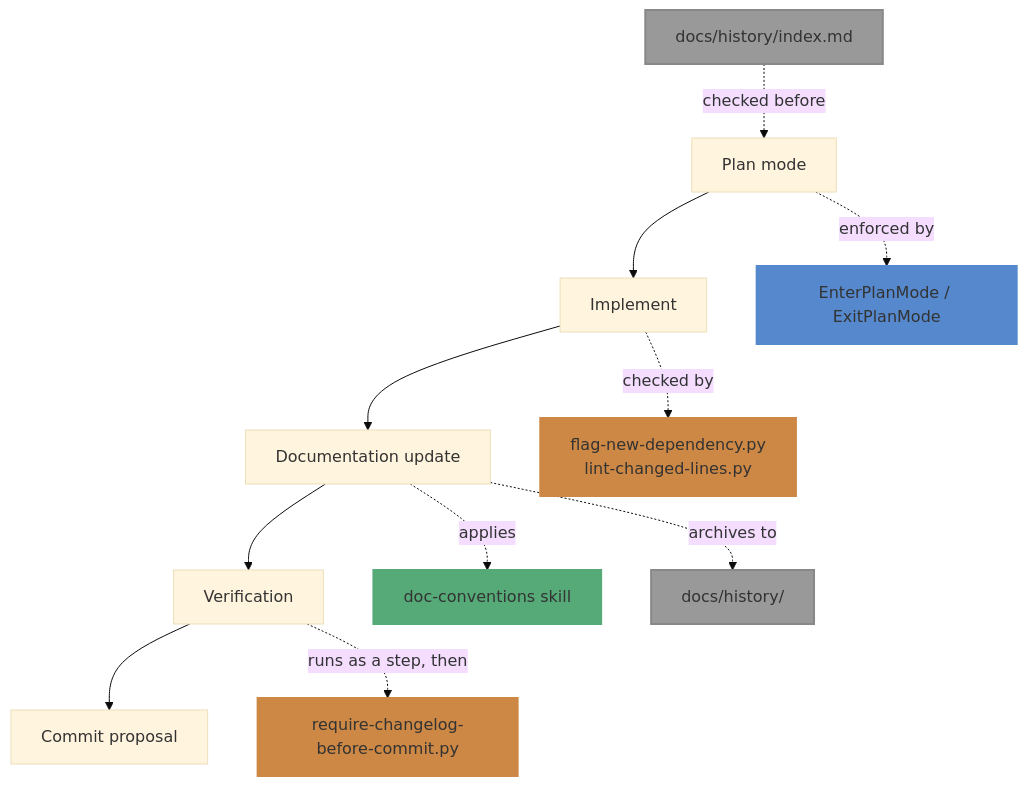
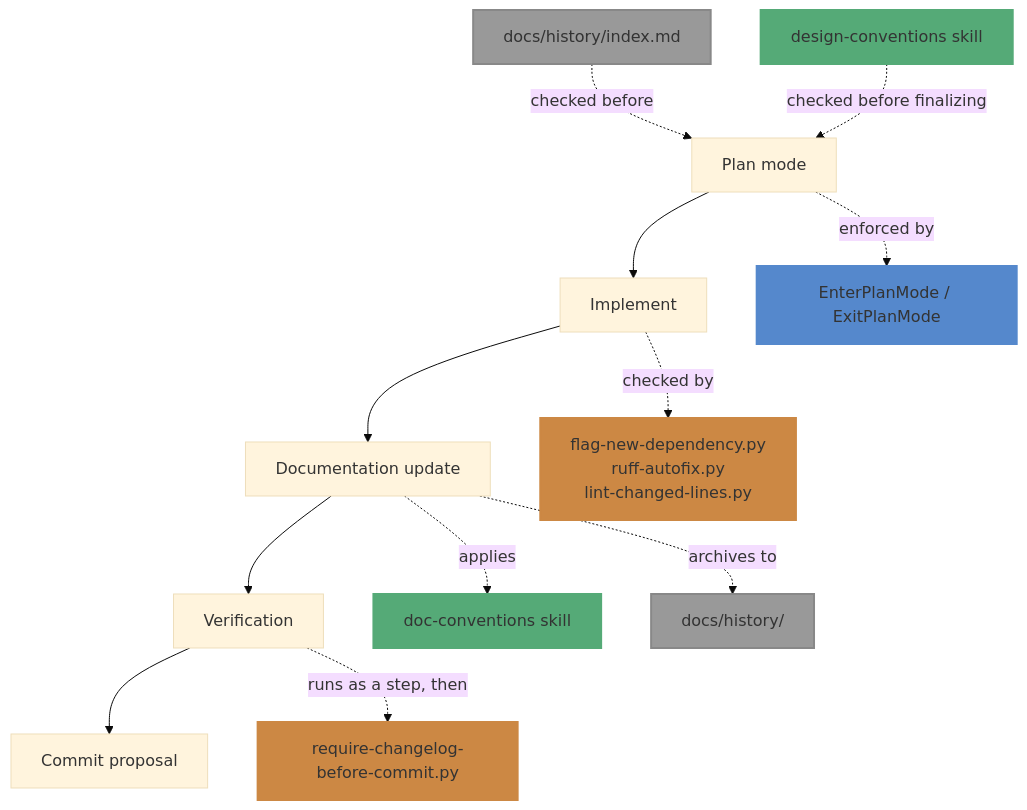
Before and after one commit to Peter-Ewald/agents: the diagram in docs/00-agents-overview.md, drawn with Mermaid (base theme). The commit also changed other lines of this file and 5 other files, not shown here.

````diff
--- a/docs/00-agents-overview.md
+++ b/docs/00-agents-overview.md
@@ -22,21 +22,23 @@
 ```mermaid
 graph TD
   H0["docs/history/index.md"] -.->|"checked before"| A["Plan mode"]
+  DC["design-conventions skill"] -.->|"checked before finalizing"| A
   A --> B["Implement"]
   B --> C["Documentation update"]
   C --> D["Verification"]
   D --> E["Commit proposal"]
 
   A -.->|"enforced by"| PM["EnterPlanMode / ExitPlanMode"]
-  B -.->|"checked by"| H1["flag-new-dependency.py<br/>lint-changed-lines.py"]
+  B -.->|"checked by"| H1["flag-new-dependency.py<br/>ruff-autofix.py<br/>lint-changed-lines.py"]
   C -.->|"applies"| S1["doc-conventions skill"]
   C -.->|"archives to"| H3["docs/history/"]
   D -.->|"runs as a step, then"| H2["require-changelog-before-commit.py"]
 
   style PM fill:#5588cc,stroke:#5588cc,stroke-width:2px
   style H1 fill:#cc8844,stroke:#cc8844,stroke-width:2px
   style S1 fill:#55aa77,stroke:#55aa77,stroke-width:2px
+  style DC fill:#55aa77,stroke:#55aa77,stroke-width:2px
   style H2 fill:#cc8844,stroke:#cc8844,stroke-width:2px
   style H0 fill:#999999,stroke:#888888,stroke-width:2px
   style H3 fill:#999999,stroke:#888888,stroke-width:2px
 ```
````
